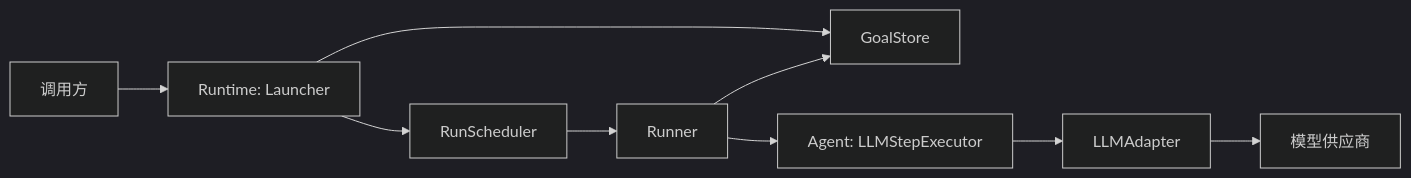
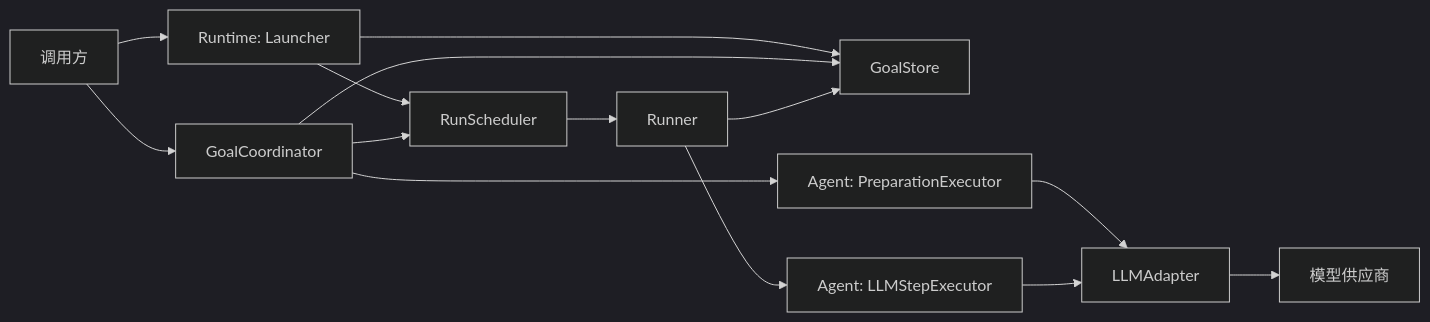
Before and after one commit to ccasJay/LazyGoal: the diagram in docs/architecture/README.md, drawn with Mermaid (dark theme). The commit also changed other lines of this file and 5 other files, not shown here.

````diff
--- a/docs/architecture/README.md
+++ b/docs/architecture/README.md
@@ -17,11 +17,16 @@
 ```mermaid
 flowchart LR
     C[调用方] --> L[Runtime: Launcher]
+    C --> G[GoalCoordinator]
     L --> S[GoalStore]
     L --> Q[RunScheduler]
+    G --> S
+    G --> PE[Agent: PreparationExecutor]
+    G --> Q[RunScheduler]
     Q --> R[Runner]
     R --> S
     R --> E[Agent: LLMStepExecutor]
-    E --> A[LLMAdapter]
-    A --> P[模型供应商]
+    PE --> A[LLMAdapter]
+    E --> A
+    A --> V[模型供应商]
 ```
````
